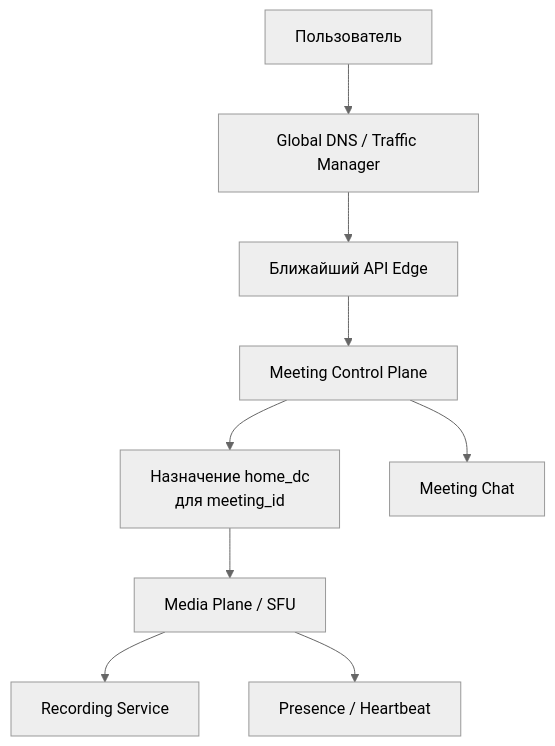
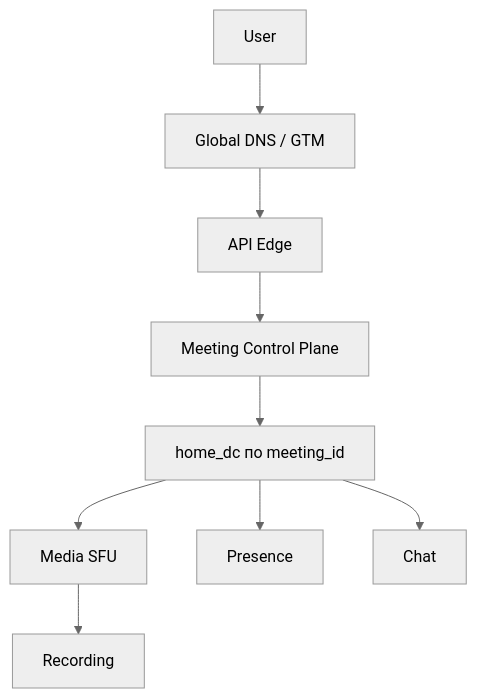
The first of 4 diagrams in README.md (Danykrane/system_design), drawn with Mermaid (neutral theme) before and after one commit. The commit also changed other lines of this file and 1 other file, not shown here.

````diff
--- a/README.md
+++ b/README.md
@@ -197,11 +194,11 @@
 ```mermaid
 flowchart TD
-    U["Пользователь"] --> DNS["Global DNS / Traffic Manager"]
-    DNS --> API["Ближайший API Edge"]
+    U["User"] --> DNS["Global DNS / GTM"]
+    DNS --> API["API Edge"]
     API --> CP["Meeting Control Plane"]
-    CP --> HOME["Назначение home_dc<br/>для meeting_id"]
-    HOME --> SFU["Media Plane / SFU"]
-    SFU --> REC["Recording Service"]
-    SFU --> PRES["Presence / Heartbeat"]
-    CP --> CHAT["Meeting Chat"]
+    CP --> HOME["home_dc по meeting_id"]
+    HOME --> SFU["Media SFU"]
+    SFU --> REC["Recording"]
+    HOME --> PRES["Presence"]
+    HOME --> CHAT["Chat"]
 ```
````
